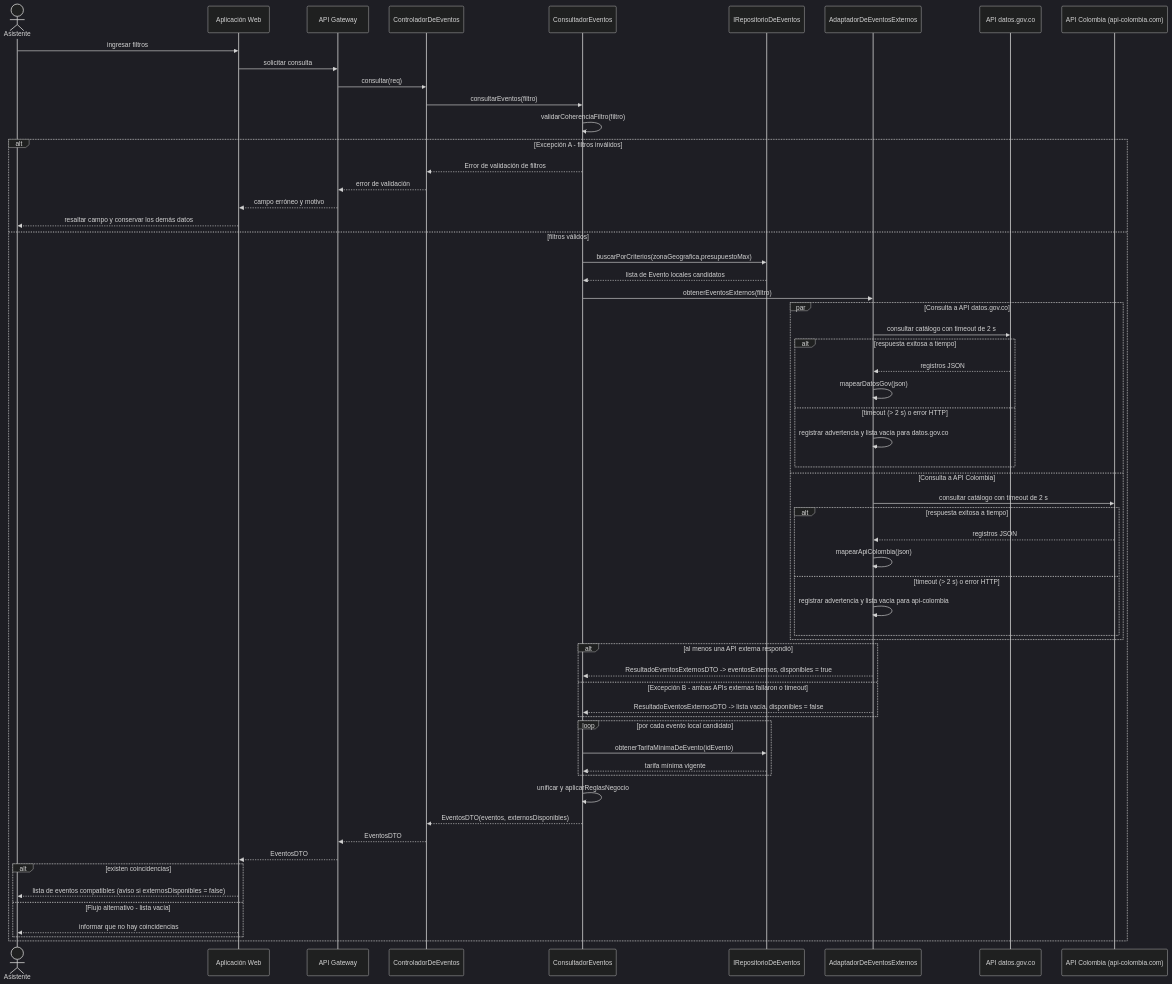
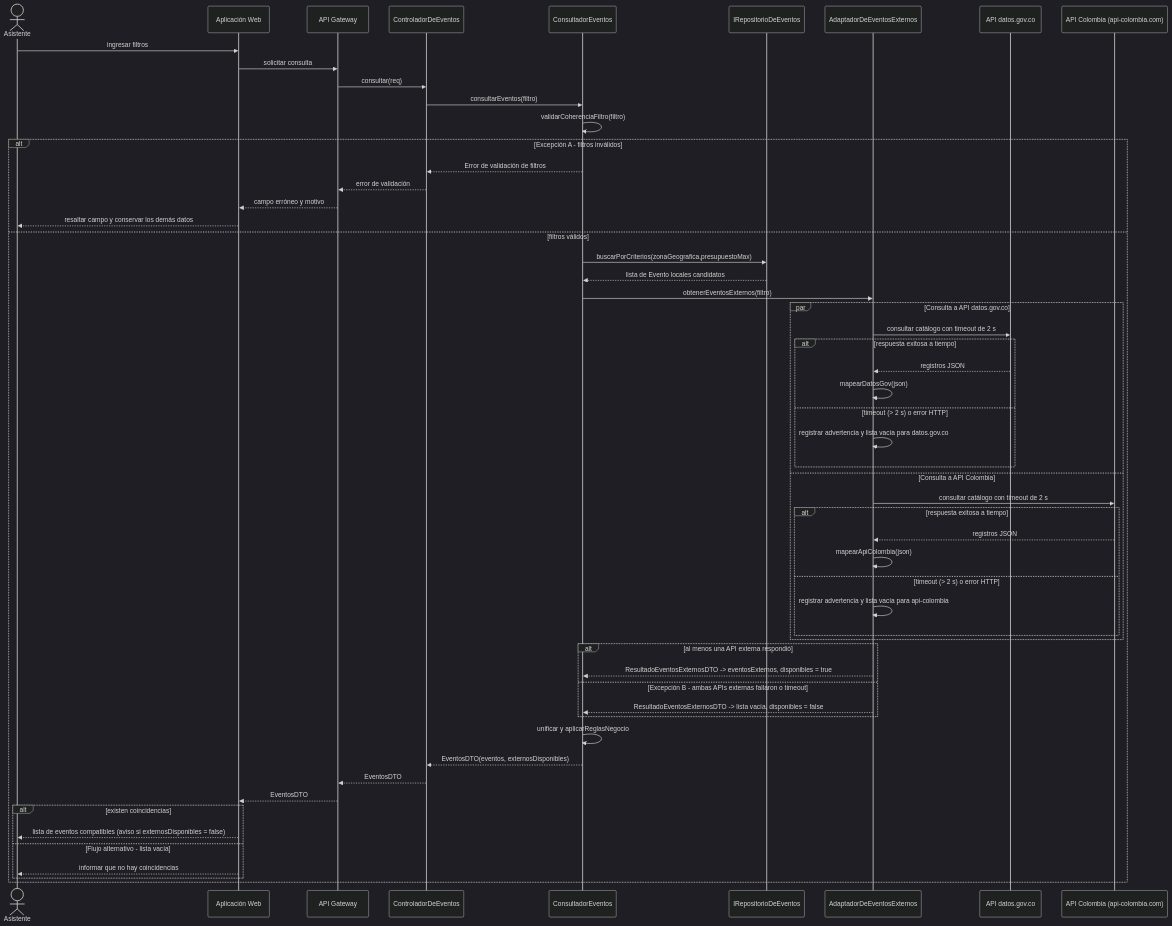
One commit to ProyectPlanning/Sistema_de_eventos changed the first of 3 diagrams in Docs/Design/Diseño de Datos e Interacción 02.md. Above: the diagram before and after it, drawn with Mermaid (dark theme).

Commit message:
Remove loop for event rate retrieval
Removed loop for fetching minimum event rate from local candidates.

````diff
--- a/Docs/Design/Diseño de Datos e Interacción 02.md
+++ b/Docs/Design/Diseño de Datos e Interacción 02.md
@@ -24,67 +24,67 @@
 ```mermaid
 sequenceDiagram
     actor U as Asistente
     participant WEB as Aplicación Web
     participant GW as API Gateway
     participant CE as ControladorDeEventos
     participant CO as ConsultadorEventos
     participant REP as IRepositorioDeEventos
     participant EXT as AdaptadorDeEventosExternos
     participant GOV as API datos.gov.co
     participant COL as API Colombia (api-colombia.com)
 
     U->>WEB: ingresar filtros
     WEB->>GW: solicitar consulta 
     GW->>CE: consultar(req)
     CE->>CO: consultarEventos(filtro)
     CO->>CO: validarCoherenciaFiltro(filtro)
 
     alt Excepción A - filtros inválidos
         CO-->>CE: Error de validación de filtros
         CE-->>GW: error de validación
         GW-->>WEB: campo erróneo y motivo
         WEB-->>U: resaltar campo y conservar los demás datos
     else filtros válidos
         CO->>REP: buscarPorCriterios(zonaGeografica,presupuestoMax)
         REP-->>CO: lista de Evento locales candidatos
         CO->>EXT: obtenerEventosExternos(filtro)
 
         par Consulta a API datos.gov.co 
             EXT->>GOV: consultar catálogo con timeout de 2 s
             alt respuesta exitosa a tiempo
                 GOV-->>EXT: registros JSON 
                 EXT->>EXT: mapearDatosGov(json)
             else timeout (> 2 s) o error HTTP
                 EXT->>EXT: registrar advertencia y lista vacía para datos.gov.co
             end
         and Consulta a API Colombia 
             EXT->>COL: consultar catálogo con timeout de 2 s
             alt respuesta exitosa a tiempo
                 COL-->>EXT: registros JSON
                 EXT->>EXT: mapearApiColombia(json)
             else timeout (> 2 s) o error HTTP
                 EXT->>EXT: registrar advertencia y lista vacía para api-colombia
             end
         end
 
         alt al menos una API externa respondió
             EXT-->>CO: ResultadoEventosExternosDTO -> eventosExternos, disponibles = true
         else Excepción B - ambas APIs externas fallaron o timeout
             EXT-->>CO: ResultadoEventosExternosDTO -> lista vacía, disponibles = false
         end
 
-        loop por cada evento local candidato
-            CO->>REP: obtenerTarifaMinimaDeEvento(idEvento)
-            REP-->>CO: tarifa mínima vigente
-        end
+        
+
+
+
         CO->>CO: unificar y aplicarReglasNegocio
         CO-->>CE: EventosDTO(eventos, externosDisponibles)
         CE-->>GW: EventosDTO
         GW-->>WEB: EventosDTO
         alt existen coincidencias
             WEB-->>U: lista de eventos compatibles (aviso si externosDisponibles = false)
         else Flujo alternativo - lista vacía
             WEB-->>U: informar que no hay coincidencias
         end
     end
 ```
````
